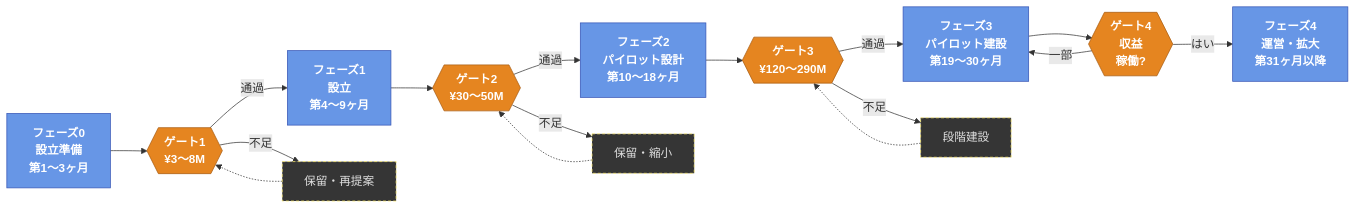
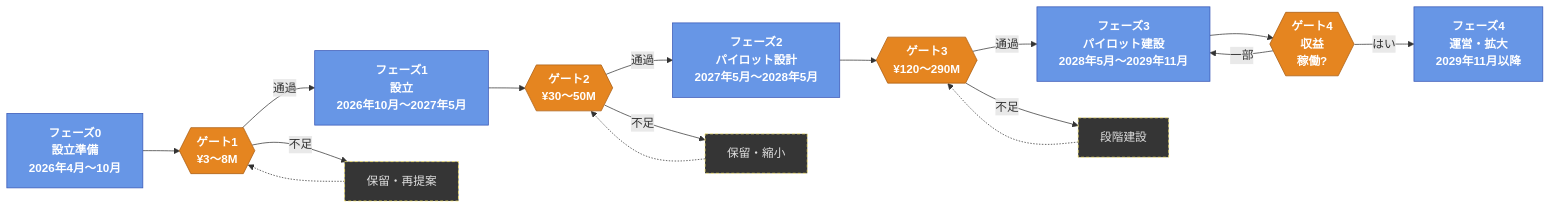
The diagram in README_jp.md (robouden/mitsue-ai-data-center), drawn with Mermaid before and after one commit. The commit also changed other lines of this file and 17 other files, not shown here.

First line of the commit message:
docs(schedule): sync phase timeline to operative OpenProject Gantt

````diff
--- a/README_jp.md
+++ b/README_jp.md
@@ -80,38 +80,38 @@
 ```mermaid
 flowchart LR
-    P0["フェーズ0<br/>設立準備<br/>第1〜3ヶ月"]
-    P1["フェーズ1<br/>設立<br/>第4〜9ヶ月"]
-    P2["フェーズ2<br/>パイロット設計<br/>第10〜18ヶ月"]
-    P3["フェーズ3<br/>パイロット建設<br/>第19〜30ヶ月"]
-    P4["フェーズ4<br/>運営・拡大<br/>第31ヶ月以降"]
+    P0["フェーズ0<br/>設立準備<br/>2026年4月〜10月"]
+    P1["フェーズ1<br/>設立<br/>2026年10月〜2027年5月"]
+    P2["フェーズ2<br/>パイロット設計<br/>2027年5月〜2028年5月"]
+    P3["フェーズ3<br/>パイロット建設<br/>2028年5月〜2029年11月"]
+    P4["フェーズ4<br/>運営・拡大<br/>2029年11月以降"]
 
     G1{{"ゲート1<br/>¥3〜8M"}}
     G2{{"ゲート2<br/>¥30〜50M"}}
     G3{{"ゲート3<br/>¥120〜290M"}}
     G4{{"ゲート4<br/>収益<br/>稼働?"}}
 
     H1["保留・再提案"]
     H2["保留・縮小"]
     H3["段階建設"]
 
     P0 --> G1
     G1 -->|通過| P1
     P1 --> G2
     G2 -->|通過| P2
     P2 --> G3
     G3 -->|通過| P3
     P3 --> G4
     G4 -->|はい| P4
 
     G1 -->|不足| H1 -.-> G1
     G2 -->|不足| H2 -.-> G2
     G3 -->|不足| H3 -.-> G3
     G4 -->|一部| P3
 
     classDef phase fill:#6796e6,stroke:#3655b5,stroke-width:1px,color:#FFFFFF,font-weight:bold
     classDef gate  fill:#e58520,stroke:#A85C10,stroke-width:1px,color:#FFFFFF,font-weight:bold
     classDef hold  fill:#353535,stroke:#FCEB6C,stroke-width:1px,color:#DEDEDE,stroke-dasharray:4 3
     class P0,P1,P2,P3,P4 phase
     class G1,G2,G3,G4 gate
     class H1,H2,H3 hold
 ```
````
